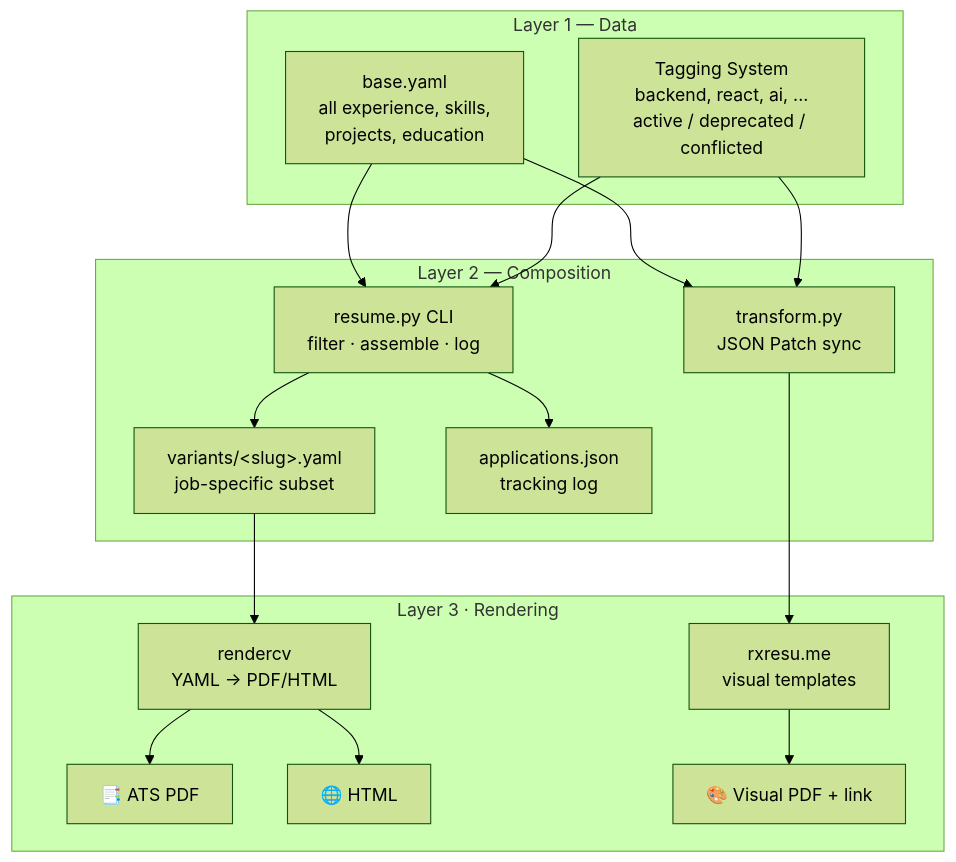
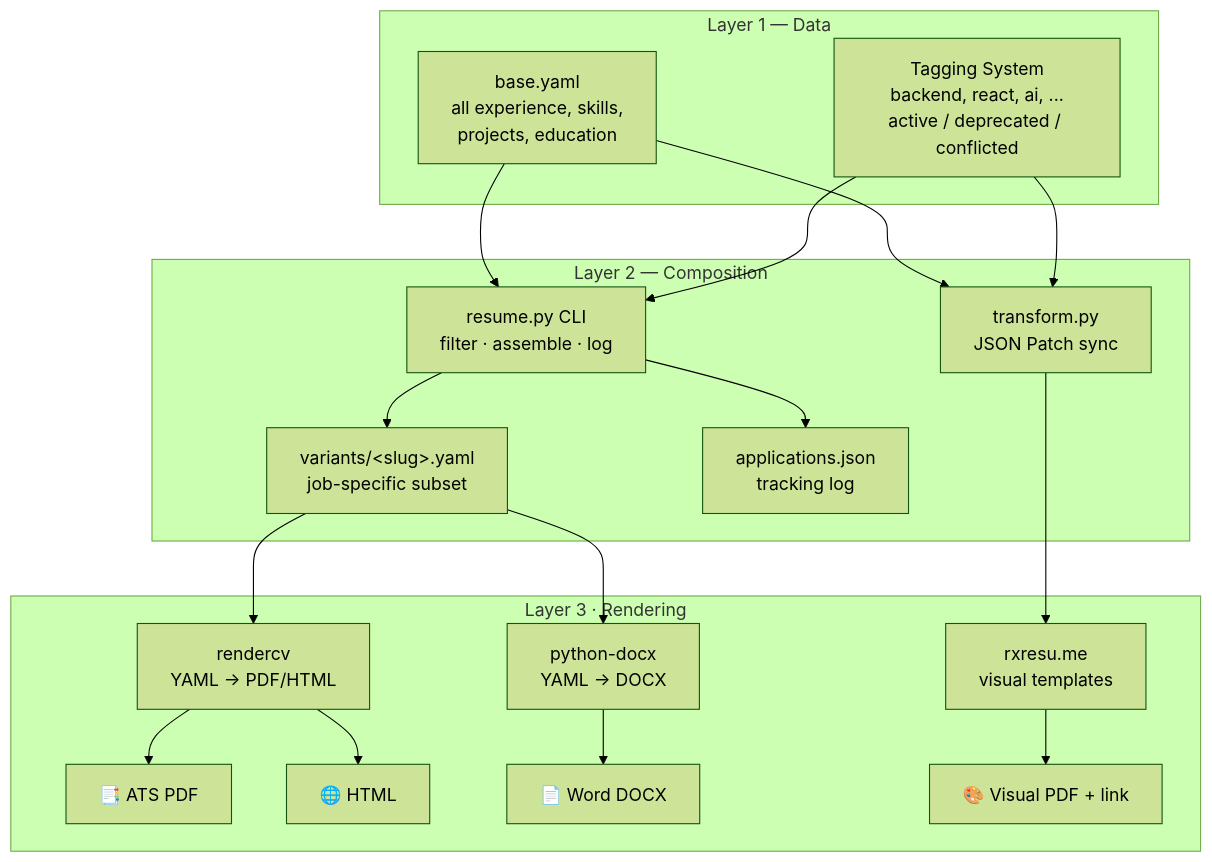
One commit to jxjwilliam/resume-generator changed the second of 2 diagrams in README.md. Above: the diagram before and after it, drawn with Mermaid (forest theme). The commit also changed other lines of this file and 10 other files, not shown here.

````diff
--- a/README.md
+++ b/README.md
@@ -196,34 +307,38 @@
 ```mermaid
 flowchart TB
     subgraph L1["Layer 1 — Data"]
         BY["base.yaml<br/>all experience, skills,<br/>projects, education"]
         AG["Tagging System<br/>backend, react, ai, ...<br/>active / deprecated / conflicted"]
     end
 
     subgraph L2["Layer 2 — Composition"]
         RP["resume.py CLI<br/>filter · assemble · log"]
         TP["transform.py<br/>JSON Patch sync"]
         VY["variants/&lt;slug&gt;.yaml<br/>job-specific subset"]
         AJ["applications.json<br/>tracking log"]
     end
 
     subgraph L3["Layer 3 · Rendering"]
         RC["rendercv<br/>YAML → PDF/HTML"]
+        DX["python-docx<br/>YAML → DOCX"]
         RX["rxresu.me<br/>visual templates"]
         PDF["📑 ATS PDF"]
         HTML["🌐 HTML"]
+        DOCX["📄 Word DOCX"]
         VIS["🎨 Visual PDF + link"]
     end
 
     BY --> RP
     AG --> RP
     BY --> TP
     AG --> TP
     RP --> VY
     RP --> AJ
     VY --> RC
+    VY --> DX
     TP --> RX
     RC --> PDF
     RC --> HTML
+    DX --> DOCX
     RX --> VIS
 ```
````
